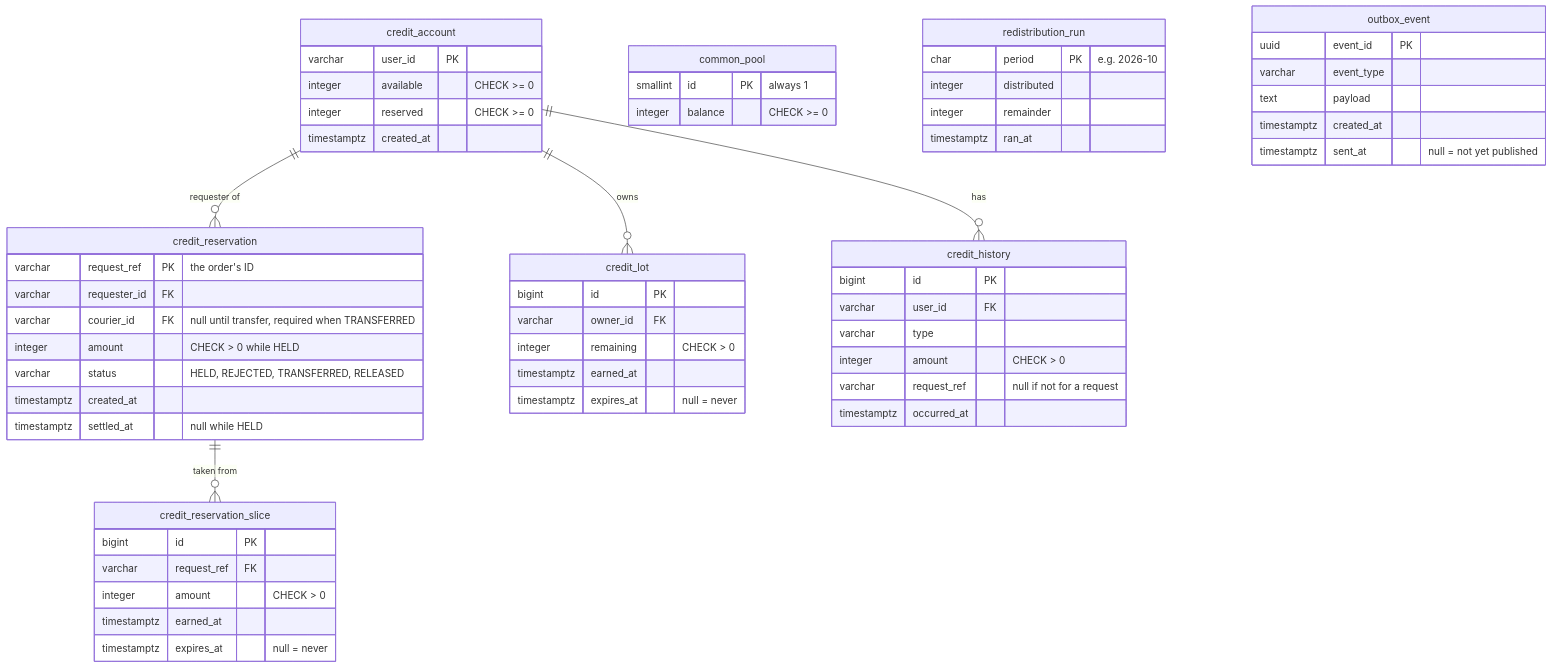
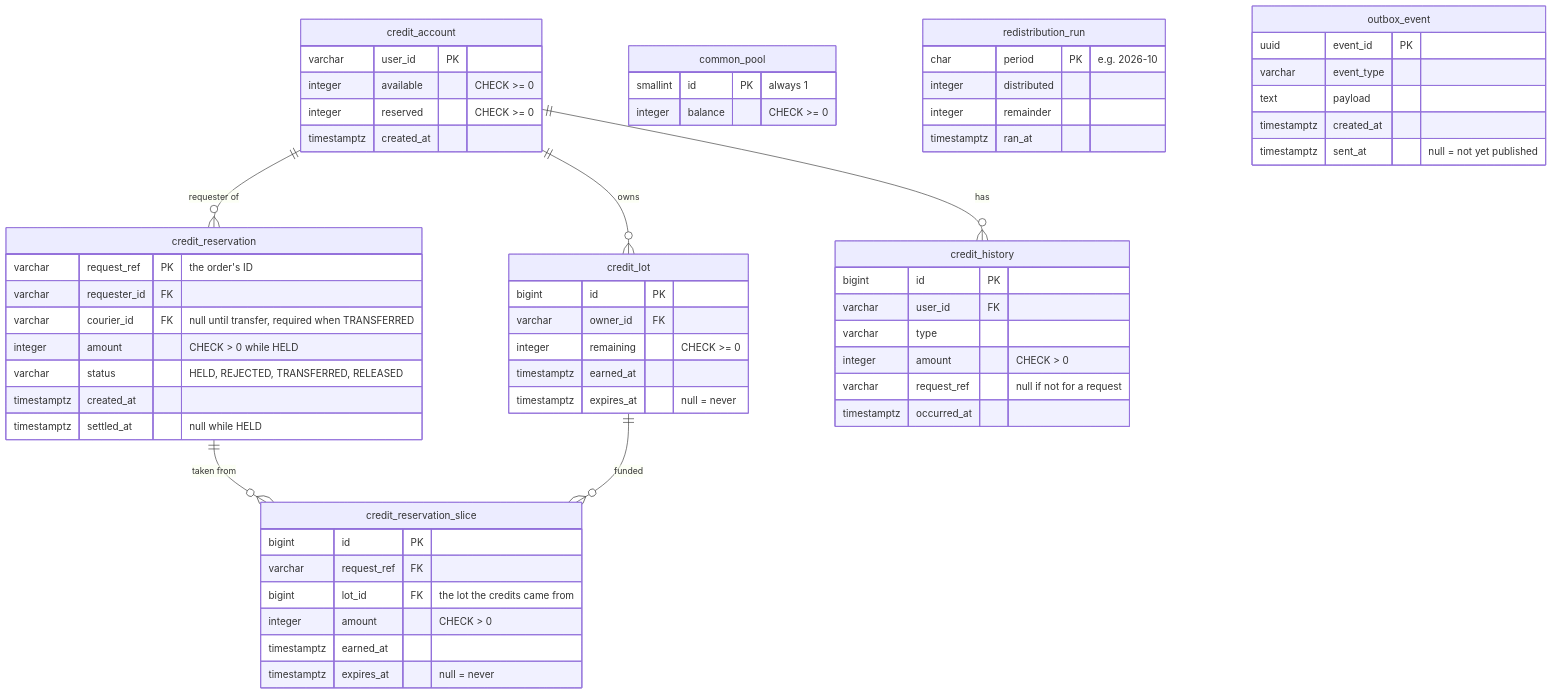
The diagram in docs/credit-service.md (AY2627S1-CS3219-P23/foc), drawn with Mermaid before and after one commit. The commit also changed other lines of this file and 17 other files, not shown here.

````diff
--- a/docs/credit-service.md
+++ b/docs/credit-service.md
@@ -105,62 +116,64 @@
 ```mermaid
 erDiagram
     credit_account ||--o{ credit_reservation : "requester of"
     credit_account ||--o{ credit_lot : owns
     credit_account ||--o{ credit_history : "has"
     credit_reservation ||--o{ credit_reservation_slice : "taken from"
+    credit_lot ||--o{ credit_reservation_slice : "funded"
  
     credit_account {
         varchar user_id PK
         integer available "CHECK >= 0"
         integer reserved "CHECK >= 0"
         timestamptz created_at
     }
     credit_reservation {
         varchar request_ref PK "the order's ID"
         varchar requester_id FK
         varchar courier_id FK "null until transfer, required when TRANSFERRED"
         integer amount "CHECK > 0 while HELD"
         varchar status "HELD, REJECTED, TRANSFERRED, RELEASED"
         timestamptz created_at
         timestamptz settled_at "null while HELD"
     }
     credit_reservation_slice {
         bigint id PK
         varchar request_ref FK
+        bigint lot_id FK "the lot the credits came from"
         integer amount "CHECK > 0"
         timestamptz earned_at
         timestamptz expires_at "null = never"
     }
     credit_lot {
         bigint id PK
         varchar owner_id FK
-        integer remaining "CHECK > 0"
+        integer remaining "CHECK >= 0"
         timestamptz earned_at
         timestamptz expires_at "null = never"
     }
     credit_history {
         bigint id PK
         varchar user_id FK
         varchar type
         integer amount "CHECK > 0"
         varchar request_ref "null if not for a request"
         timestamptz occurred_at
     }
     common_pool {
         smallint id PK "always 1"
         integer balance "CHECK >= 0"
     }
     redistribution_run {
         char period PK "e.g. 2026-10"
         integer distributed
         integer remainder
         timestamptz ran_at
     }
     outbox_event {
         uuid event_id PK
         varchar event_type
         text payload
         timestamptz created_at
         timestamptz sent_at "null = not yet published"
     }
 ```
````
